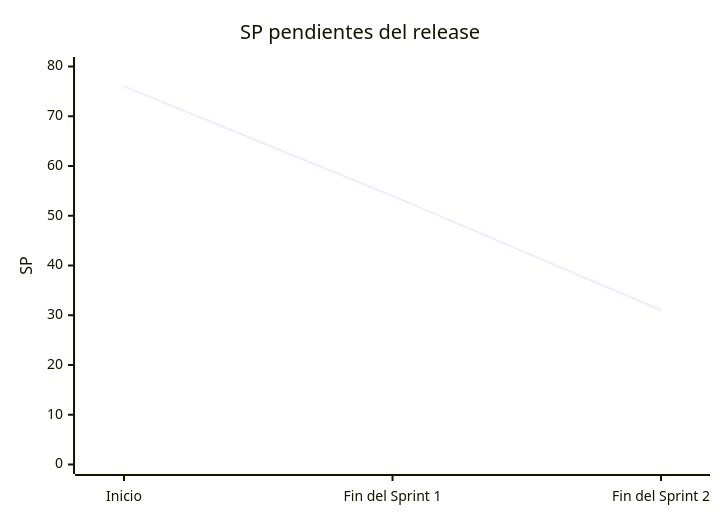
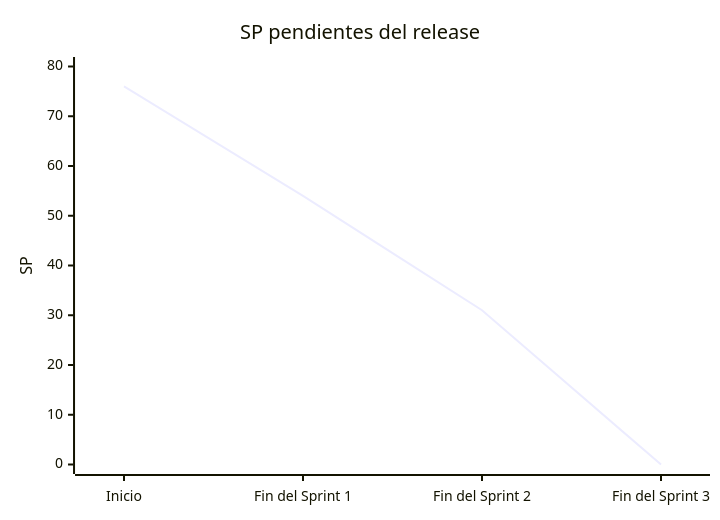
Before and after one commit to GabouLC/dq-center: the diagram in docs/sprints/README.md, drawn with Mermaid. The commit also changed other lines of this file and 17 other files, not shown here.

First line of the commit message:
Cierre del Sprint 3: documentación al día, medición de rendimiento y caché de una sola renovación

````diff
--- a/docs/sprints/README.md
+++ b/docs/sprints/README.md
@@ -62,7 +64,7 @@
 ```mermaid
 xychart-beta
     title "SP pendientes del release"
-    x-axis ["Inicio", "Fin del Sprint 1", "Fin del Sprint 2"]
+    x-axis ["Inicio", "Fin del Sprint 1", "Fin del Sprint 2", "Fin del Sprint 3"]
     y-axis "SP" 0 --> 80
-    line [76, 54, 31]
+    line [76, 54, 31, 0]
 ```
````
